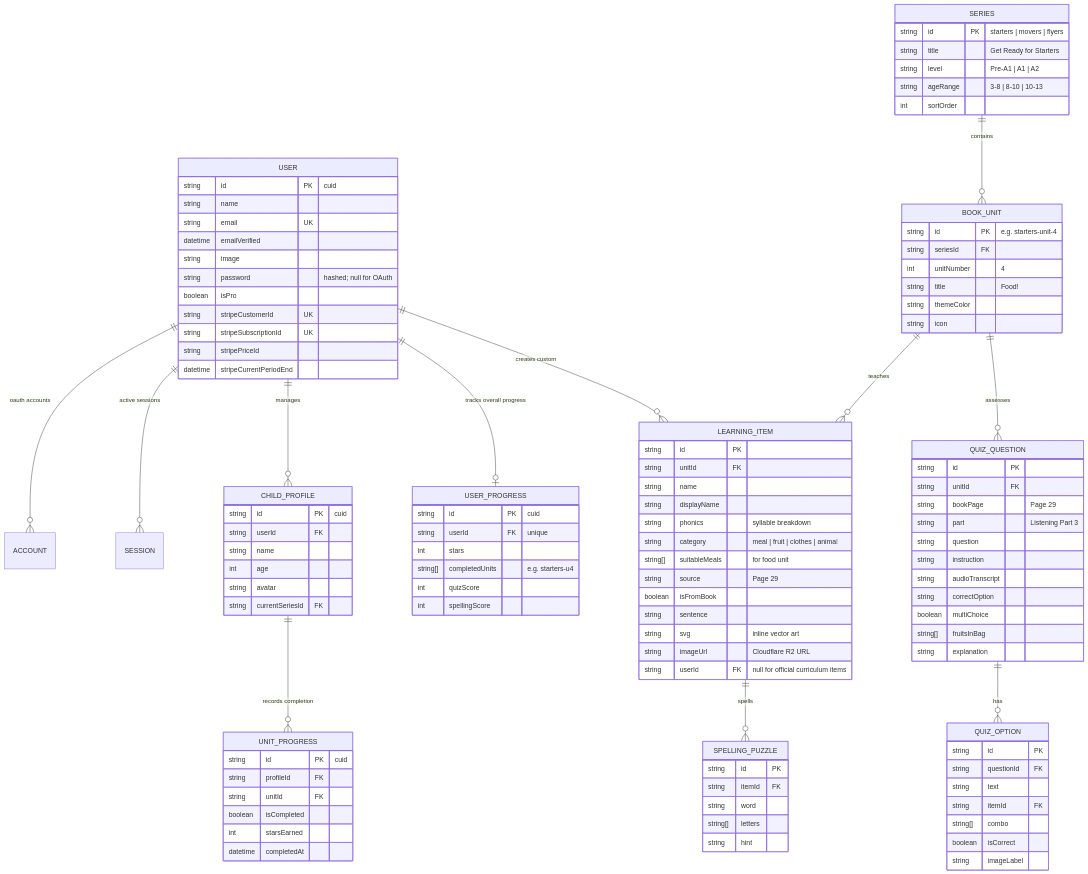
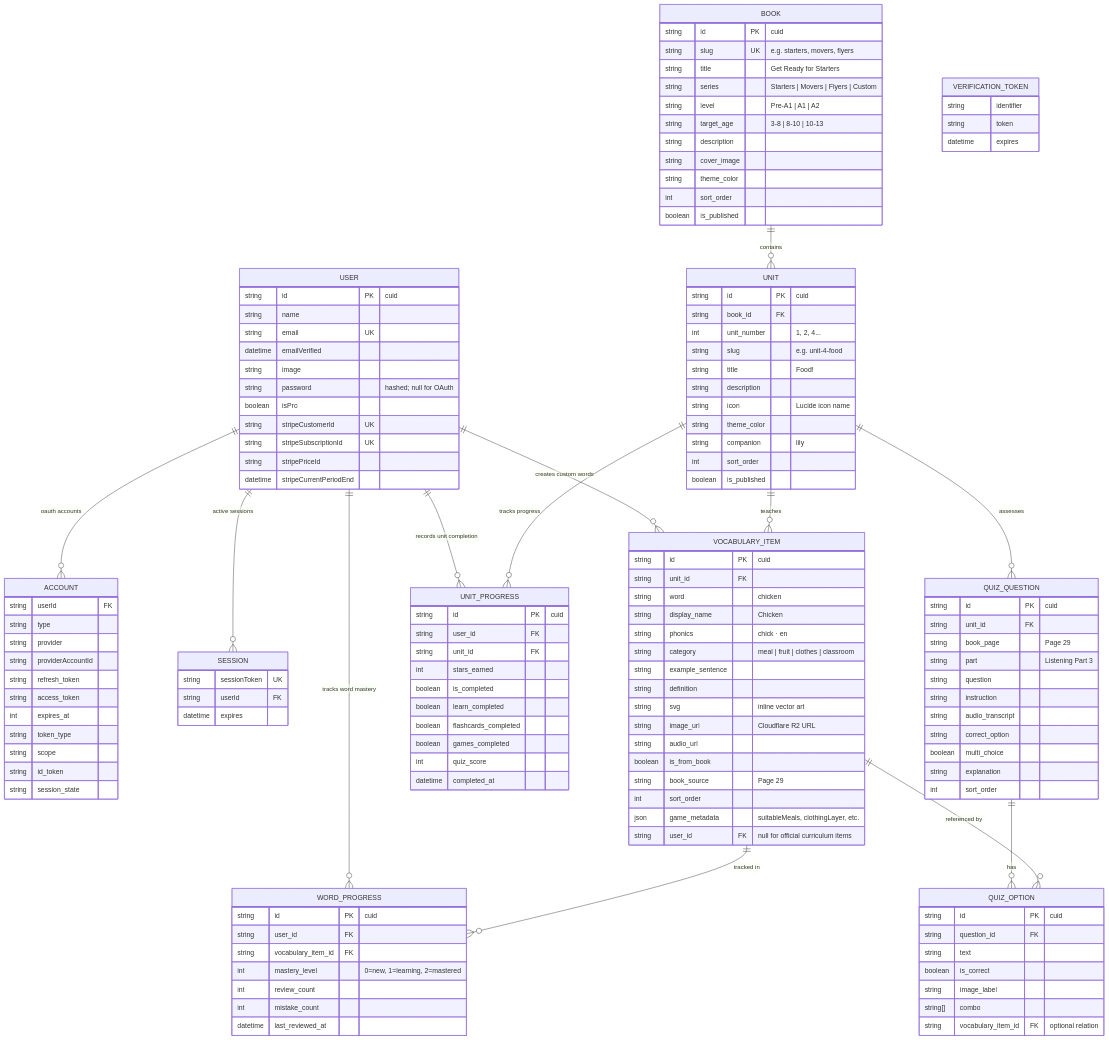
The first of 2 diagrams in .agents/rules/project-overview.md (Nhukangasniemi/FunLearning), drawn with Mermaid before and after one commit. The commit also changed other lines of this file and 50 other files, not shown here.

Commit message:
feat: implement multi-book learning hub architecture and neon postgres integration

````diff
--- a/.agents/rules/project-overview.md
+++ b/.agents/rules/project-overview.md
@@ -148,16 +148,111 @@
 erDiagram
     USER ||--o{ ACCOUNT : "oauth accounts"
     USER ||--o{ SESSION : "active sessions"
-    USER ||--o{ LEARNING_ITEM : "creates custom"
-    USER ||--o| USER_PROGRESS : "tracks overall progress"
-    USER ||--o{ CHILD_PROFILE : "manages"
+    USER ||--o{ VOCABULARY_ITEM : "creates custom words"
+    USER ||--o{ UNIT_PROGRESS : "records unit completion"
+    USER ||--o{ WORD_PROGRESS : "tracks word mastery"
 
-    SERIES ||--o{ BOOK_UNIT : "contains"
-    BOOK_UNIT ||--o{ LEARNING_ITEM : "teaches"
-    BOOK_UNIT ||--o{ QUIZ_QUESTION : "assesses"
-    LEARNING_ITEM ||--o{ SPELLING_PUZZLE : "spells"
+    BOOK ||--o{ UNIT : "contains"
+    UNIT ||--o{ VOCABULARY_ITEM : "teaches"
+    UNIT ||--o{ QUIZ_QUESTION : "assesses"
+    UNIT ||--o{ UNIT_PROGRESS : "tracks progress"
     QUIZ_QUESTION ||--o{ QUIZ_OPTION : "has"
-    CHILD_PROFILE ||--o{ UNIT_PROGRESS : "records completion"
+    VOCABULARY_ITEM ||--o{ QUIZ_OPTION : "referenced by"
+    VOCABULARY_ITEM ||--o{ WORD_PROGRESS : "tracked in"
+
+    BOOK {
+        string id PK "cuid"
+        string slug UK "e.g. starters, movers, flyers"
+        string title "Get Ready for Starters"
+        string series "Starters | Movers | Flyers | Custom"
+        string level "Pre-A1 | A1 | A2"
+        string target_age "3-8 | 8-10 | 10-13"
+        string description
+        string cover_image
+        string theme_color
+        int sort_order
+        boolean is_published
+    }
+
+    UNIT {
+        string id PK "cuid"
+        string book_id FK
+        int unit_number "1, 2, 4..."
+        string slug "e.g. unit-4-food"
+        string title "Food!"
+        string description
+        string icon "Lucide icon name"
+        string theme_color
+        string companion "lily"
+        int sort_order
+        boolean is_published
+    }
+
+    VOCABULARY_ITEM {
+        string id PK "cuid"
+        string unit_id FK
+        string word "chicken"
+        string display_name "Chicken"
+        string phonics "chick · en"
+        string category "meal | fruit | clothes | classroom"
+        string example_sentence
+        string definition
+        string svg "inline vector art"
+        string image_url "Cloudflare R2 URL"
+        string audio_url
+        boolean is_from_book
+        string book_source "Page 29"
+        int sort_order
+        json game_metadata "suitableMeals, clothingLayer, etc."
+        string user_id FK "null for official curriculum items"
+    }
+
+    QUIZ_QUESTION {
+        string id PK "cuid"
+        string unit_id FK
+        string book_page "Page 29"
+        string part "Listening Part 3"
+        string question
+        string instruction
+        string audio_transcript
+        string correct_option
+        boolean multi_choice
+        string explanation
+        int sort_order
+    }
+
+    QUIZ_OPTION {
+        string id PK "cuid"
+        string question_id FK
+        string text
+        boolean is_correct
+        string image_label
+        string[] combo
+        string vocabulary_item_id FK "optional relation"
+    }
+
+    UNIT_PROGRESS {
+        string id PK "cuid"
+        string user_id FK
+        string unit_id FK
+        int stars_earned
+        boolean is_completed
+        boolean learn_completed
+        boolean flashcards_completed
+        boolean games_completed
+        int quiz_score
+        datetime completed_at
+    }
+
+    WORD_PROGRESS {
+        string id PK "cuid"
+        string user_id FK
+        string vocabulary_item_id FK
+        int mastery_level "0=new, 1=learning, 2=mastered"
+        int review_count
+        int mistake_count
+        datetime last_reviewed_at
+    }
 
     USER {
         string id PK "cuid"
@@ -172,87 +267,30 @@
         string stripePriceId
         datetime stripeCurrentPeriodEnd
     }
-    CHILD_PROFILE {
-        string id PK "cuid"
+
+    ACCOUNT {
         string userId FK
-        string name
-        int age
-        string avatar
-        string currentSeriesId FK
+        string type
+        string provider
+        string providerAccountId
+        string refresh_token
+        string access_token
+        int expires_at
+        string token_type
+        string scope
+        string id_token
+        string session_state
     }
-    SERIES {
-        string id PK "starters | movers | flyers"
-        string title "Get Ready for Starters"
-        string level "Pre-A1 | A1 | A2"
-        string ageRange "3-8 | 8-10 | 10-13"
-        int sortOrder
+
+    SESSION {
+        string sessionToken UK
+        string userId FK
+        datetime expires
     }
-    BOOK_UNIT {
-        string id PK "e.g. starters-unit-4"
-        string seriesId FK
-        int unitNumber "4"
-        string title "Food!"
-        string themeColor
-        string icon
-    }
-    LEARNING_ITEM {
-        string id PK
-        string unitId FK
-        string name
-        string displayName
-        string phonics "syllable breakdown"
-        string category "meal | fruit | clothes | animal"
-        string[] suitableMeals "for food unit"
-        string source "Page 29"
-        boolean isFromBook
-        string sentence
-        string svg "inline vector art"
-        string imageUrl "Cloudflare R2 URL"
-        string userId FK "null for official curriculum items"
-    }
-    QUIZ_QUESTION {
-        string id PK
-        string unitId FK
-        string bookPage "Page 29"
-        string part "Listening Part 3"
-        string question
-        string instruction
-        string audioTranscript
-        string correctOption
-        boolean multiChoice
-        string[] fruitsInBag
-        string explanation
-    }
-    QUIZ_OPTION {
-        string id PK
-        string questionId FK
-        string text
-        string itemId FK
-        string[] combo
-        boolean isCorrect
-        string imageLabel
-    }
-    SPELLING_PUZZLE {
-        string id PK
-        string itemId FK
-        string word
-        string[] letters
-        string hint
-    }
-    USER_PROGRESS {
-        string id PK "cuid"
-        string userId FK "unique"
-        int stars
-        string[] completedUnits "e.g. starters-u4"
-        int quizScore
-        int spellingScore
-    }
-    UNIT_PROGRESS {
-        string id PK "cuid"
-        string profileId FK
-        string unitId FK
-        boolean isCompleted
-        int starsEarned
-        datetime completedAt
+
+    VERIFICATION_TOKEN {
+        string identifier
+        string token
+        datetime expires
     }
 ```
````
